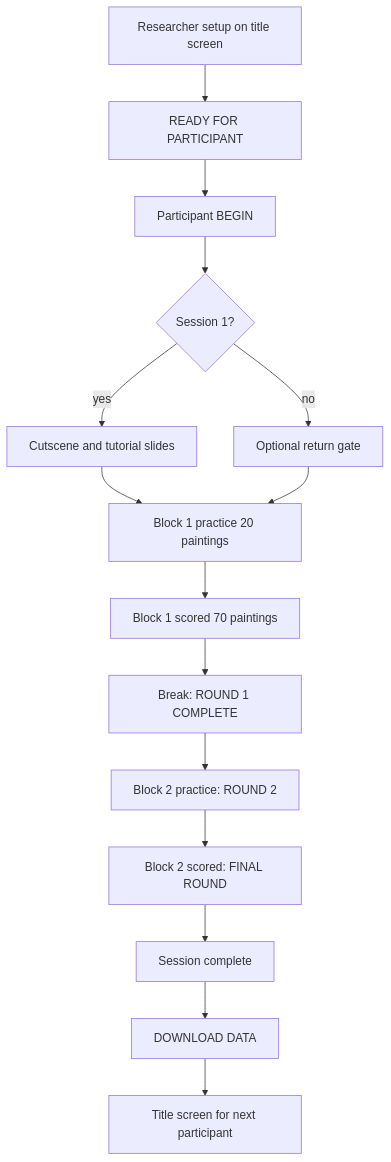
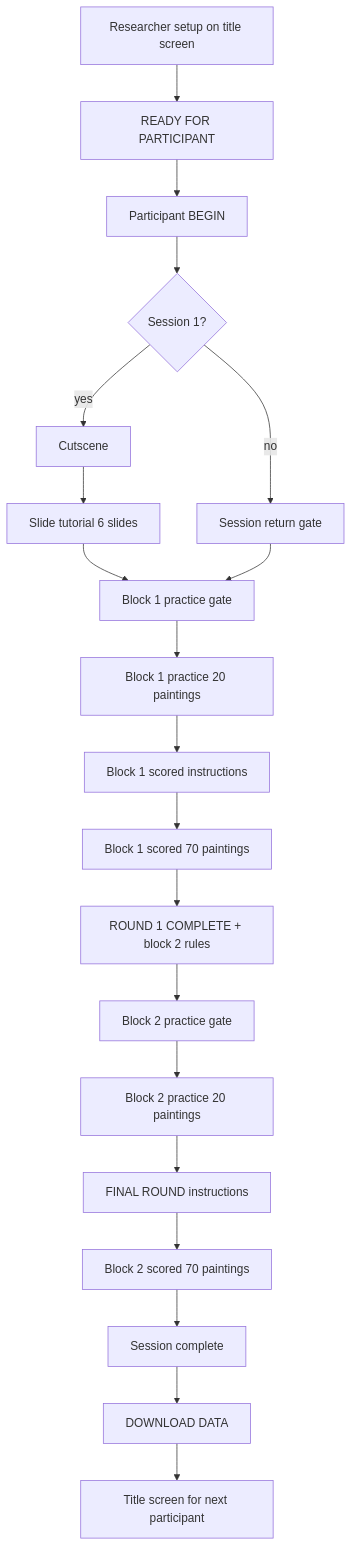
Before and after one commit to Konseptt/glyphmind-lab-version: the second of 3 diagrams in README.md, drawn with Mermaid. The commit also changed other lines of this file and 4 other files, not shown here.

````diff
--- a/README.md
+++ b/README.md
@@ -81,19 +106,24 @@
 ```mermaid
 flowchart TD
   setup[Researcher setup on title screen] --> ready[READY FOR PARTICIPANT]
   ready --> begin[Participant BEGIN]
 
   begin --> s1{Session 1?}
-  s1 -->|yes| intro[Cutscene and tutorial slides]
-  s1 -->|no| ret[Optional return gate]
-  intro --> p1
-  ret --> p1
+  s1 -->|yes| cut[Cutscene]
+  cut --> tut[Slide tutorial 6 slides]
+  s1 -->|no| ret[Session return gate]
+  tut --> p1g[Block 1 practice gate]
+  ret --> p1g
 
-  p1[Block 1 practice 20 paintings] --> b1[Block 1 scored 70 paintings]
-  b1 --> br[Break: ROUND 1 COMPLETE]
-  br --> p2[Block 2 practice: ROUND 2]
-  p2 --> b2[Block 2 scored: FINAL ROUND]
+  p1g --> p1[Block 1 practice 20 paintings]
+  p1 --> i1[Block 1 scored instructions]
+  i1 --> b1[Block 1 scored 70 paintings]
+  b1 --> br[ROUND 1 COMPLETE + block 2 rules]
+  br --> p2g[Block 2 practice gate]
+  p2g --> p2[Block 2 practice 20 paintings]
+  p2 --> i2[FINAL ROUND instructions]
+  i2 --> b2[Block 2 scored 70 paintings]
   b2 --> done[Session complete]
   done --> dl[DOWNLOAD DATA]
   dl --> title[Title screen for next participant]
 ```
````
